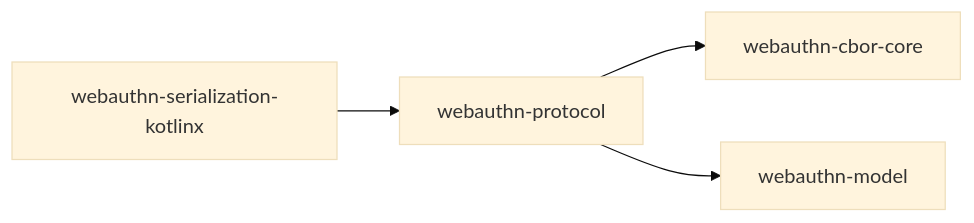
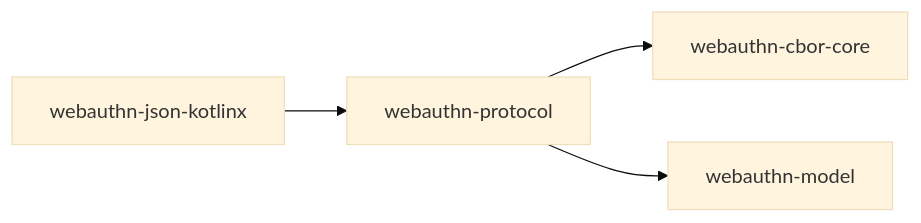
One commit to szijpeter/webauthn-kotlin-multiplatform changed the diagram in core/webauthn-protocol/README.md. Above: the diagram before and after it, drawn with Mermaid (base theme). The commit also changed 69 other files, not shown here.

````diff
--- a/core/webauthn-protocol/README.md
+++ b/core/webauthn-protocol/README.md
@@ -33,6 +33,6 @@
 ```mermaid
 flowchart LR
     PROTOCOL["webauthn-protocol"] --> CBOR["webauthn-cbor-core"]
     PROTOCOL --> MODEL["webauthn-model"]
-    SERIALIZATION["webauthn-serialization-kotlinx"] --> PROTOCOL
+    SERIALIZATION["webauthn-json-kotlinx"] --> PROTOCOL
 ```
````
